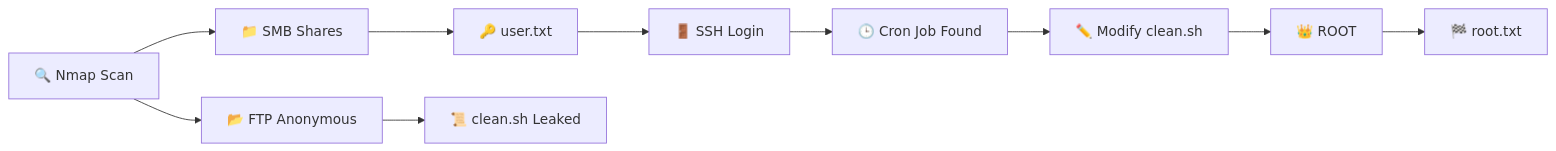
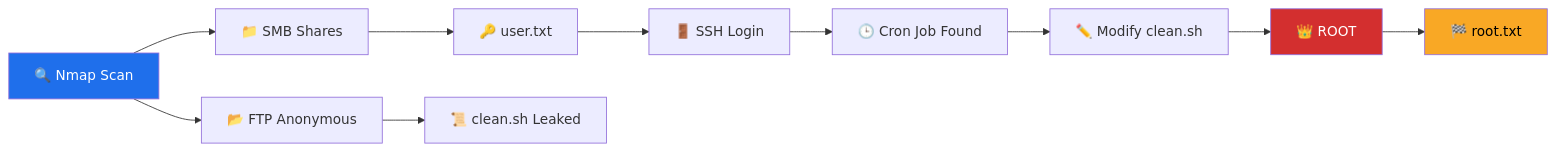
Before and after one commit to nishantsaini5786/anonymous_thm_ctf: the diagram in README.md, drawn with Mermaid. The commit also changed other lines of this file, not shown here.

````diff
--- a/README.md
+++ b/README.md
@@ -66,12 +85,16 @@
 ```mermaid
 graph LR
     A[🔍 Nmap Scan] --> B[📂 FTP Anonymous]
     A --> C[📁 SMB Shares]
     C --> D[🔑 user.txt]
     B --> E[📜 clean.sh Leaked]
     D --> F[🚪 SSH Login]
     F --> G[🕒 Cron Job Found]
     G --> H[✏️ Modify clean.sh]
     H --> I[👑 ROOT]
     I --> J[🏁 root.txt]
+
+    style A fill:#1f6feb,color:#fff
+    style I fill:#d32f2f,color:#fff
+    style J fill:#f9a825,color:#000
 ```
````
